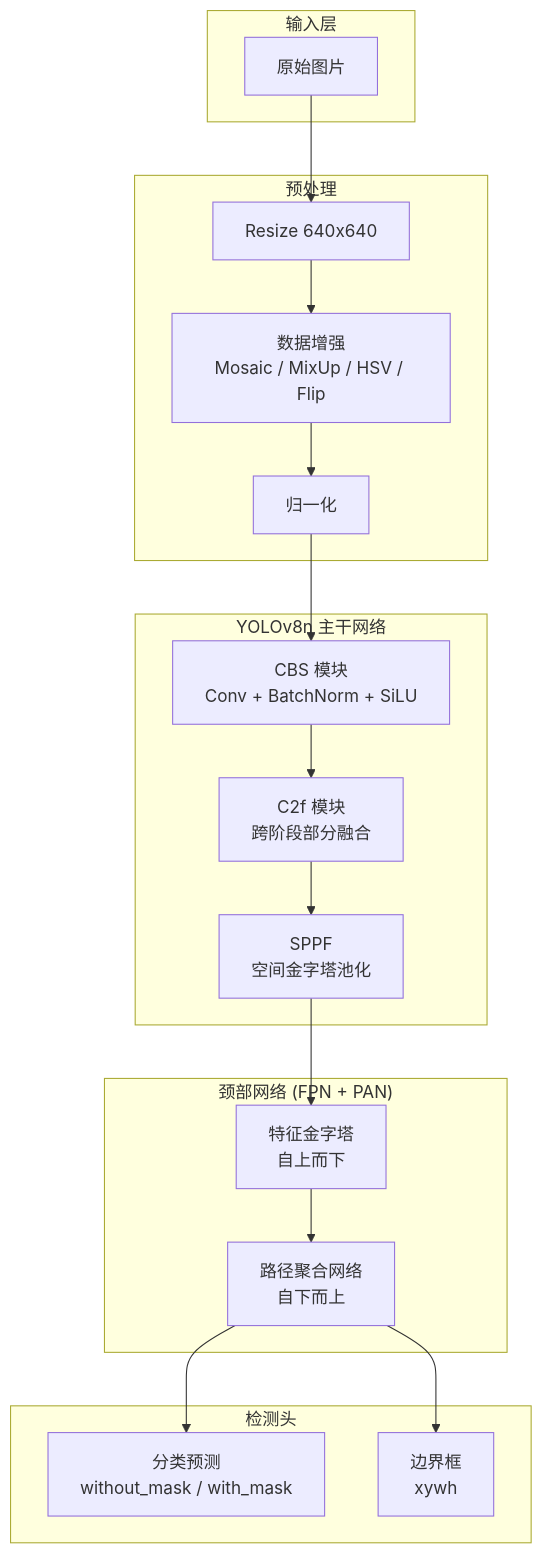
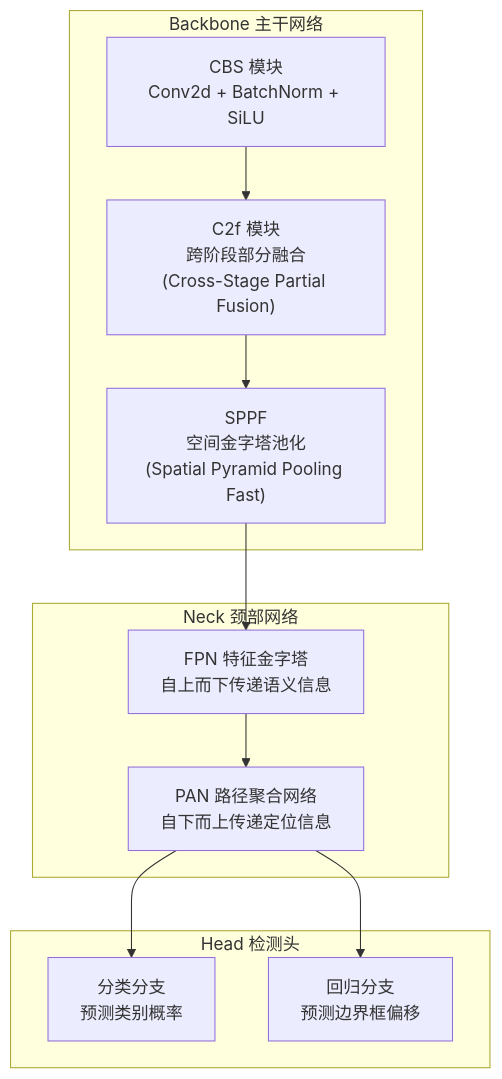
One commit to Longdc48/- changed the diagram in results/report_summary.md. Above: the diagram before and after it, drawn with Mermaid. The commit also changed other lines of this file, not shown here.

````diff
--- a/results/report_summary.md
+++ b/results/report_summary.md
@@ -20,33 +101,22 @@
 ```mermaid
 graph TD
-    subgraph Input["输入层"]
-        IMG["原始图片"]
+    subgraph Backbone["Backbone 主干网络"]
+        CBS["CBS 模块<br/>Conv2d + BatchNorm + SiLU"]
+        C2F["C2f 模块<br/>跨阶段部分融合<br/>(Cross-Stage Partial Fusion)"]
+        SPPF["SPPF<br/>空间金字塔池化<br/>(Spatial Pyramid Pooling Fast)"]
     end
 
-    subgraph Preprocess["预处理"]
-        RS["Resize 640x640"]
-        AUG["数据增强<br/>Mosaic / MixUp / HSV / Flip"]
-        NM["归一化"]
+    subgraph Neck["Neck 颈部网络"]
+        FPN["FPN 特征金字塔<br/>自上而下传递语义信息"]
+        PAN["PAN 路径聚合网络<br/>自下而上传递定位信息"]
     end
 
-    subgraph Backbone["YOLOv8n 主干网络"]
-        CBS["CBS 模块<br/>Conv + BatchNorm + SiLU"]
-        C2F["C2f 模块<br/>跨阶段部分融合"]
-        SPPF["SPPF<br/>空间金字塔池化"]
+    subgraph Head["Head 检测头"]
+        CLS["分类分支<br/>预测类别概率"]
+        REG["回归分支<br/>预测边界框偏移"]
     end
 
-    subgraph Neck["颈部网络 (FPN + PAN)"]
-        FPN["特征金字塔<br/>自上而下"]
-        PAN["路径聚合网络<br/>自下而上"]
-    end
-
-    subgraph Head["检测头"]
-        CLS["分类预测<br/>without_mask / with_mask"]
-        BOX["边界框<br/>xywh"]
-    end
-
-    IMG --> RS --> AUG --> NM
-    NM --> CBS --> C2F --> SPPF
+    CBS --> C2F --> SPPF
     SPPF --> FPN --> PAN
-    PAN --> CLS & BOX
+    PAN --> CLS & REG
 ```
````
